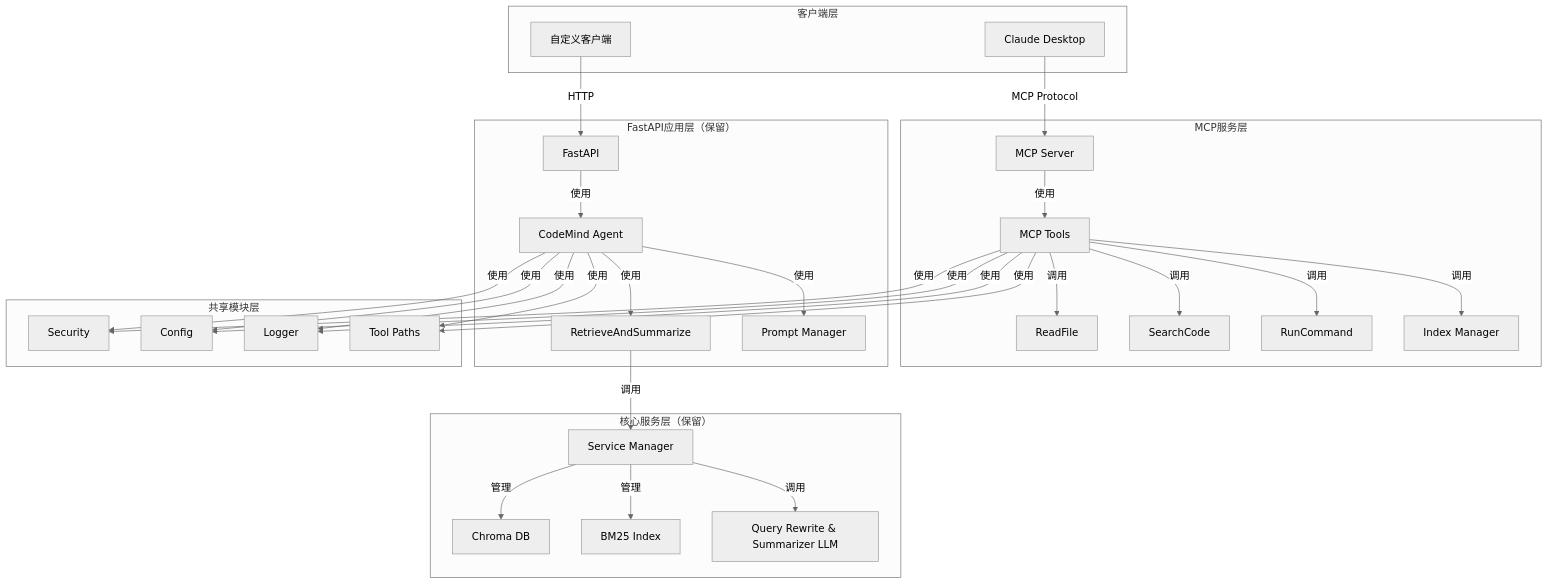
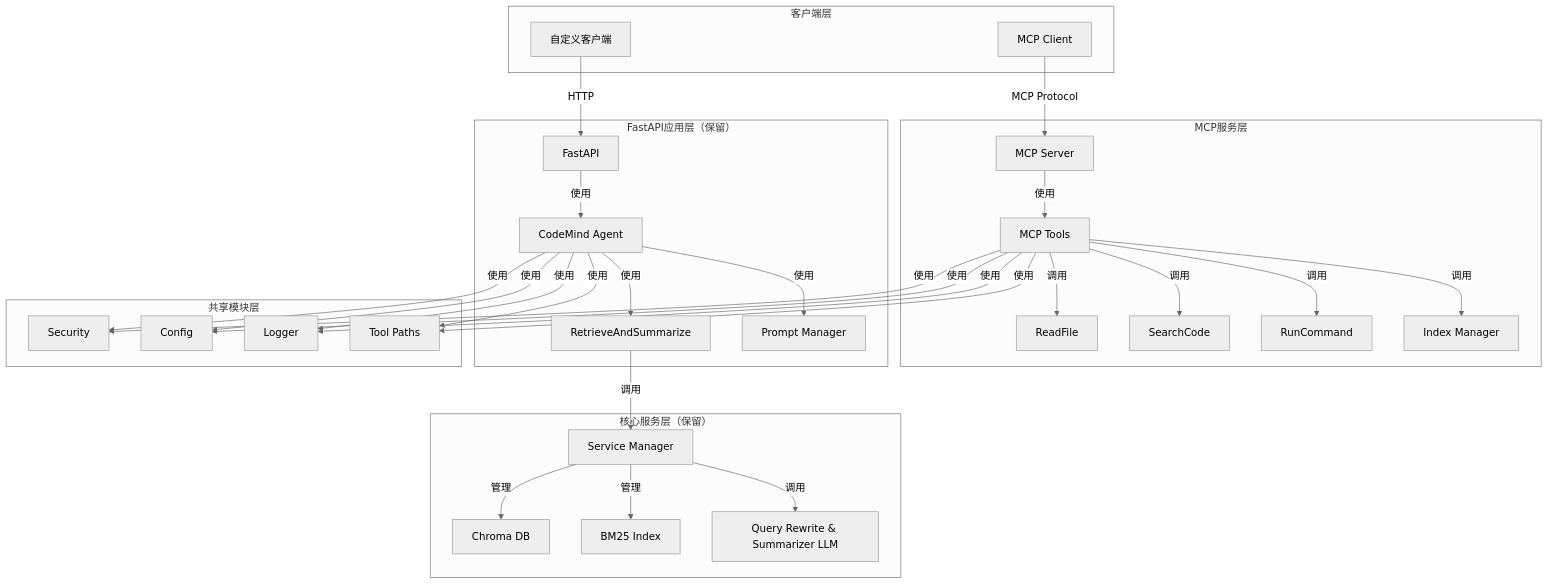
The first of 2 diagrams in docs/mcp-migration/01-architecture.md (shortlight5980/code-mind-agent), drawn with Mermaid (neutral theme) before and after one commit. The commit also changed other lines of this file and 28 other files, not shown here.

````diff
--- a/docs/mcp-migration/01-architecture.md
+++ b/docs/mcp-migration/01-architecture.md
@@ -5,65 +5,65 @@
 ```mermaid
 graph TB
     subgraph "客户端层"
-        claude[Claude Desktop]
+        mcp_client[MCP Client]
         custom[自定义客户端]
     end
 
     subgraph "MCP服务层"
         mcp_server[MCP Server]
         mcp_tools[MCP Tools]
         read_file[ReadFile]
         search_code[SearchCode]
         run_command[RunCommand]
         index_mgr[Index Manager]
     end
 
     subgraph "FastAPI应用层（保留）"
         fastapi[FastAPI]
         agent[CodeMind Agent]
         rag_tool[RetrieveAndSummarize]
         prompts[Prompt Manager]
     end
 
     subgraph "核心服务层（保留）"
         service_mgr[Service Manager]
         chroma[Chroma DB]
         bm25[BM25 Index]
         llm[Query Rewrite & Summarizer LLM]
     end
 
     subgraph "共享模块层"
         security[Security]
         config[Config]
         logger[Logger]
         tool_paths[Tool Paths]
     end
 
-    claude -->|MCP Protocol| mcp_server
+    mcp_client -->|MCP Protocol| mcp_server
     custom -->|HTTP| fastapi
 
     mcp_server -->|使用| mcp_tools
     mcp_tools -->|调用| read_file
     mcp_tools -->|调用| search_code
     mcp_tools -->|调用| run_command
     mcp_tools -->|调用| index_mgr
 
     fastapi -->|使用| agent
     agent -->|使用| rag_tool
     agent -->|使用| prompts
     rag_tool -->|调用| service_mgr
 
     service_mgr -->|管理| chroma
     service_mgr -->|管理| bm25
     service_mgr -->|调用| llm
 
     mcp_tools -->|使用| security
     mcp_tools -->|使用| config
     mcp_tools -->|使用| logger
     mcp_tools -->|使用| tool_paths
 
     agent -->|使用| security
     agent -->|使用| config
     agent -->|使用| logger
     agent -->|使用| tool_paths
 ```
````
